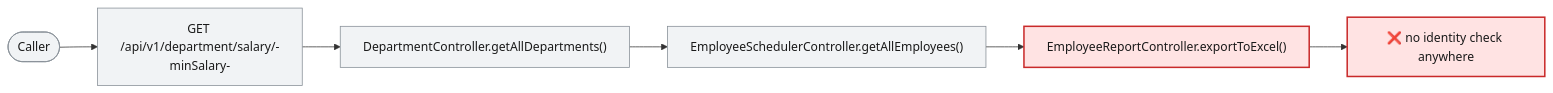
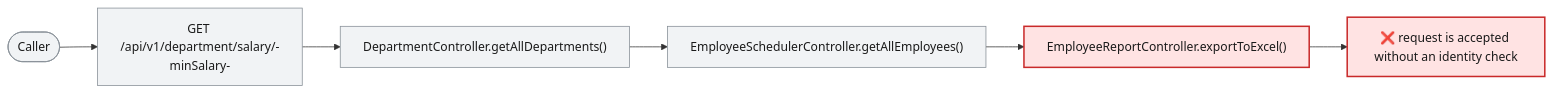
The third of 3 diagrams in docs/agent_output/03-blast-radius/blast_radius_ISSUE-002.md (Udaradg/sample-java-project), drawn with Mermaid before and after one commit. The commit also changed other lines of this file and 52 other files, not shown here.

````diff
--- a/docs/agent_output/03-blast-radius/blast_radius_ISSUE-002.md
+++ b/docs/agent_output/03-blast-radius/blast_radius_ISSUE-002.md
@@ -103,19 +110,19 @@
 ```mermaid
 flowchart LR
   classDef broken fill:#ffe3e3,stroke:#c92a2a,stroke-width:2px,color:#1a1a1a
   classDef degraded fill:#fff3bf,stroke:#e8590c,stroke-width:2px,color:#1a1a1a
   classDef atrisk fill:#fff9db,stroke:#f08c00,stroke-width:1px,color:#1a1a1a
   classDef ok fill:#e6fcf5,stroke:#2f9e44,stroke-width:1px,color:#1a1a1a
   classDef neutral fill:#f1f3f5,stroke:#868e96,stroke-width:1px,color:#1a1a1a
   CALLER(["Caller"]):::neutral
   EP["GET /api/v1/department/salary/-minSalary-"]:::neutral
   CALLER --> EP
   N0["DepartmentController.getAllDepartments()"]:::neutral
   EP --> N0
   N1["EmployeeSchedulerController.getAllEmployees()"]:::neutral
   N0 --> N1
   N2["EmployeeReportController.exportToExcel()"]:::broken
   N1 --> N2
-  FAIL["❌ no identity check anywhere"]:::broken
+  FAIL["❌ request is accepted without an identity check"]:::broken
   N2 --> FAIL
 ```
````
